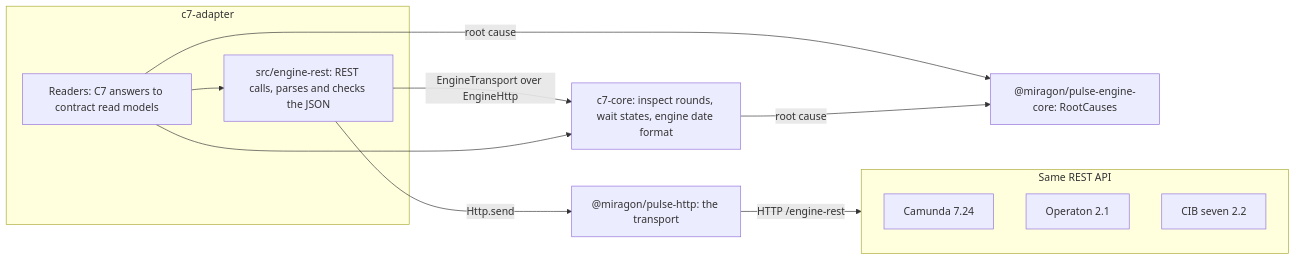
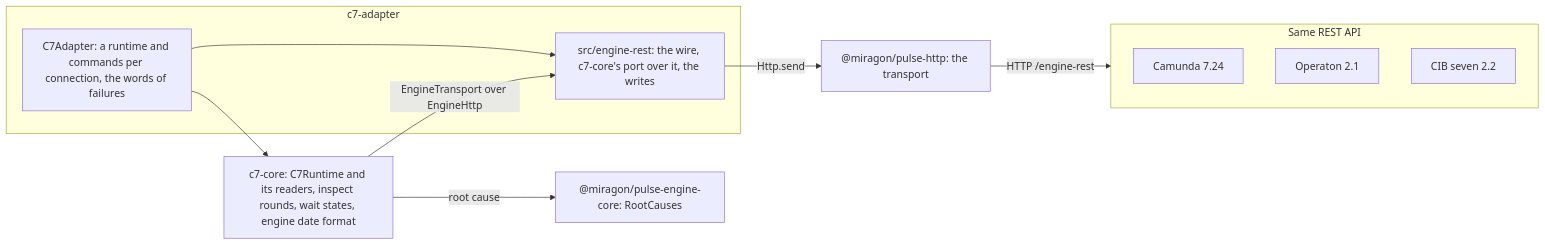
One commit to Miragon/pulse changed the diagram in apps/vscode/docs/adr/c7-adapter.md. Above: the diagram before and after it, drawn with Mermaid. The commit also changed other lines of this file and 1868 other files, not shown here.

````diff
--- a/apps/vscode/docs/adr/c7-adapter.md
+++ b/apps/vscode/docs/adr/c7-adapter.md
@@ -13,21 +13,20 @@
 ```mermaid
 flowchart LR
   subgraph adapter [c7-adapter]
-    readers[Readers: C7 answers to contract read models]
-    rest[src/engine-rest: REST calls, parses and checks the JSON]
+    entry[C7Adapter: a runtime and commands per connection, the words of failures]
+    rest[src/engine-rest: the wire, c7-core's port over it, the writes]
   end
-  core[c7-core: inspect rounds, wait states, engine date format]
+  core[c7-core: C7Runtime and its readers, inspect rounds, wait states, engine date format]
   rules["@miragon/pulse-engine-core: RootCauses"]
-  rest -- "EngineTransport over EngineHttp" --> core
+  entry --> core
+  entry --> rest
+  core -- "EngineTransport over EngineHttp" --> rest
   rest -- "Http.send" --> wire["@miragon/pulse-http: the transport"]
-  readers --> core
-  readers -- root cause --> rules
   core -- root cause --> rules
   subgraph family [Same REST API]
     camunda7[Camunda 7.24]
     operaton[Operaton 2.1]
     cibseven[CIB seven 2.2]
   end
-  readers --> rest
   wire -- HTTP /engine-rest --> family
 ```
````
